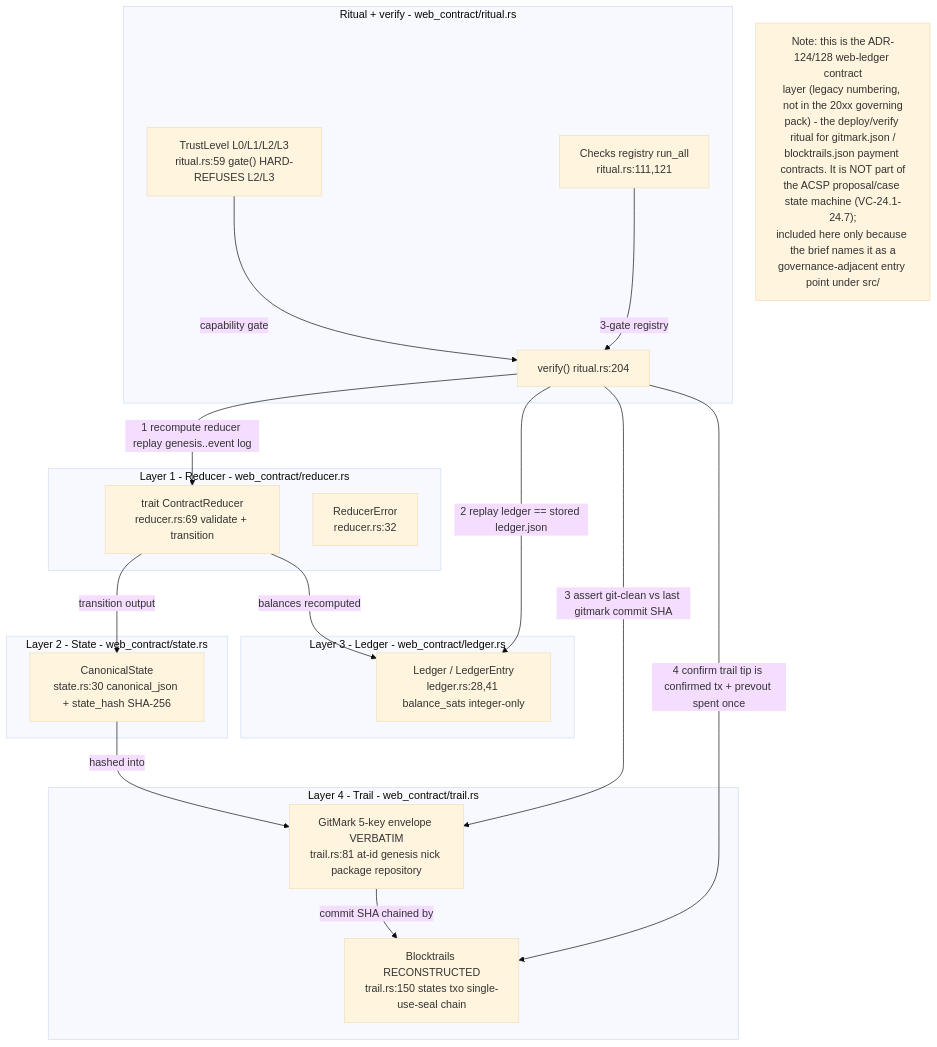
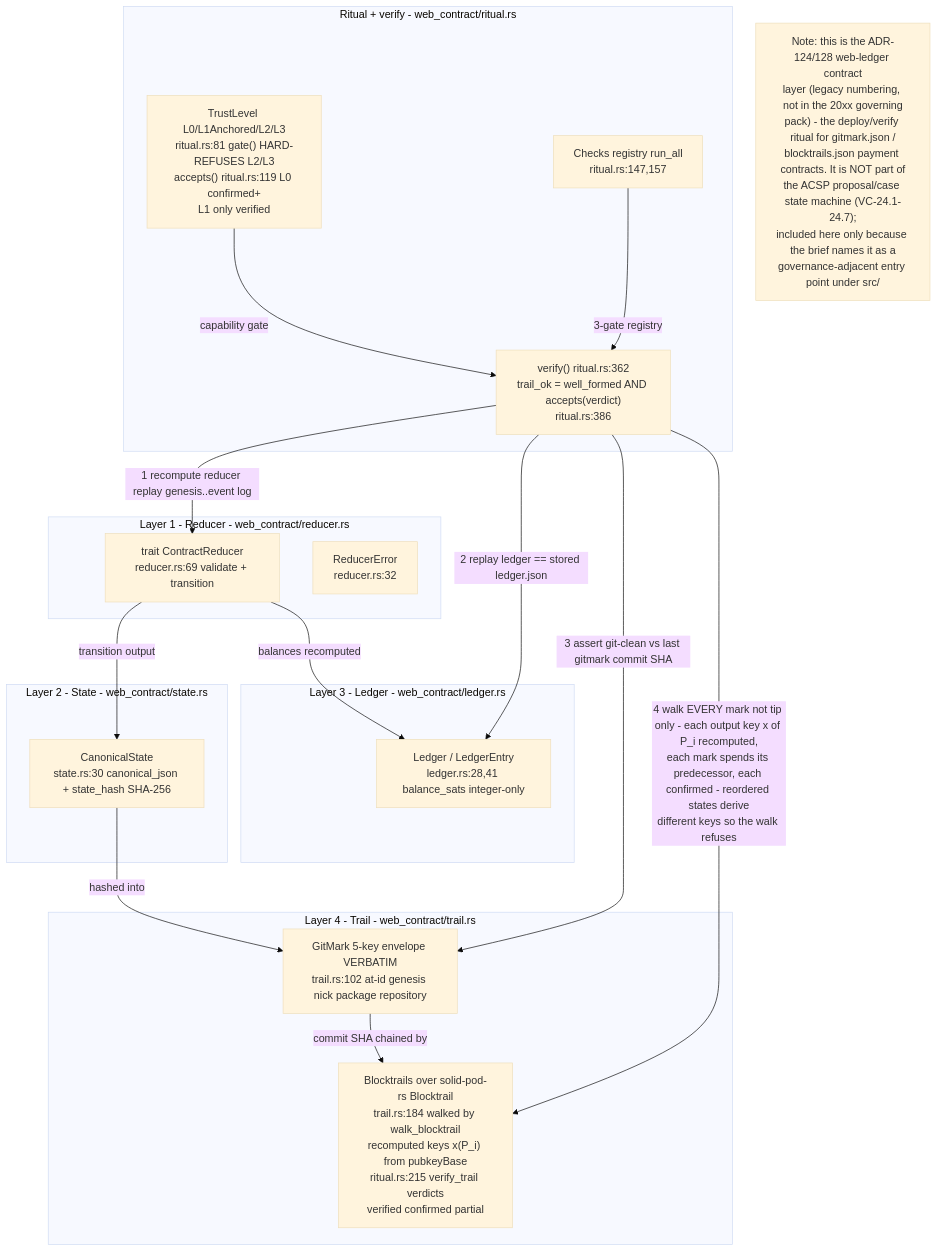
The ninth of 11 diagrams in docs/diagrams/visionclaw/24-acsp-decision-elevation.md (DreamLab-AI/VisionFlow), drawn with Mermaid (base theme) before and after one commit. The commit also changed other lines of this file and 111 other files, not shown here.

Commit message:
docs(diagrams): align estate maps with current source

````diff
--- a/docs/diagrams/visionclaw/24-acsp-decision-elevation.md
+++ b/docs/diagrams/visionclaw/24-acsp-decision-elevation.md
@@ -330,33 +331,33 @@
 ```mermaid
 flowchart TB
     subgraph L1["Layer 1 - Reducer - web_contract/reducer.rs"]
         TR["trait ContractReducer<br/>reducer.rs:69 validate + transition"]
         RE["ReducerError<br/>reducer.rs:32"]
     end
     subgraph L2["Layer 2 - State - web_contract/state.rs"]
         CS["CanonicalState<br/>state.rs:30 canonical_json + state_hash SHA-256"]
     end
     subgraph L3["Layer 3 - Ledger - web_contract/ledger.rs"]
         LE["Ledger / LedgerEntry<br/>ledger.rs:28,41 balance_sats integer-only"]
     end
     subgraph L4["Layer 4 - Trail - web_contract/trail.rs"]
-        GM["GitMark 5-key envelope VERBATIM<br/>trail.rs:81 at-id genesis nick package repository"]
-        BT["Blocktrails RECONSTRUCTED<br/>trail.rs:150 states txo single-use-seal chain"]
+        GM["GitMark 5-key envelope VERBATIM<br/>trail.rs:102 at-id genesis nick package repository"]
+        BT["Blocktrails over solid-pod-rs Blocktrail<br/>trail.rs:184 walked by walk_blocktrail<br/>recomputed keys x(P_i) from pubkeyBase<br/>ritual.rs:215 verify_trail verdicts<br/>verified confirmed partial"]
     end
     subgraph RIT["Ritual + verify - web_contract/ritual.rs"]
-        TL["TrustLevel L0/L1/L2/L3<br/>ritual.rs:59 gate() HARD-REFUSES L2/L3"]
-        CH["Checks registry run_all<br/>ritual.rs:111,121"]
-        VF["verify() ritual.rs:204"]
+        TL["TrustLevel L0/L1Anchored/L2/L3<br/>ritual.rs:81 gate() HARD-REFUSES L2/L3<br/>accepts() ritual.rs:119 L0 confirmed+<br/>L1 only verified"]
+        CH["Checks registry run_all<br/>ritual.rs:147,157"]
+        VF["verify() ritual.rs:362<br/>trail_ok = well_formed AND accepts(verdict)<br/>ritual.rs:386"]
     end
     TR -->|transition output| CS
     CS -->|hashed into| GM
     TR -->|balances recomputed| LE
     GM -->|commit SHA chained by| BT
     VF -->|1 recompute reducer replay genesis..event log| TR
     VF -->|2 replay ledger == stored ledger.json| LE
     VF -->|3 assert git-clean vs last gitmark commit SHA| GM
-    VF -->|4 confirm trail tip is confirmed tx + prevout spent once| BT
+    VF -->|4 walk EVERY mark not tip only - each output key x of P_i recomputed,<br/>each mark spends its predecessor, each confirmed - reordered states derive<br/>different keys so the walk refuses| BT
     CH -->|3-gate registry| VF
     TL -->|capability gate| VF
     Note1["Note: this is the ADR-124/128 web-ledger contract<br/>layer (legacy numbering, not in the 20xx governing<br/>pack) - the deploy/verify ritual for gitmark.json /<br/>blocktrails.json payment contracts. It is NOT part of<br/>the ACSP proposal/case state machine (VC-24.1-24.7);<br/>included here only because the brief names it as a<br/>governance-adjacent entry point under src/"]
 ```
````
